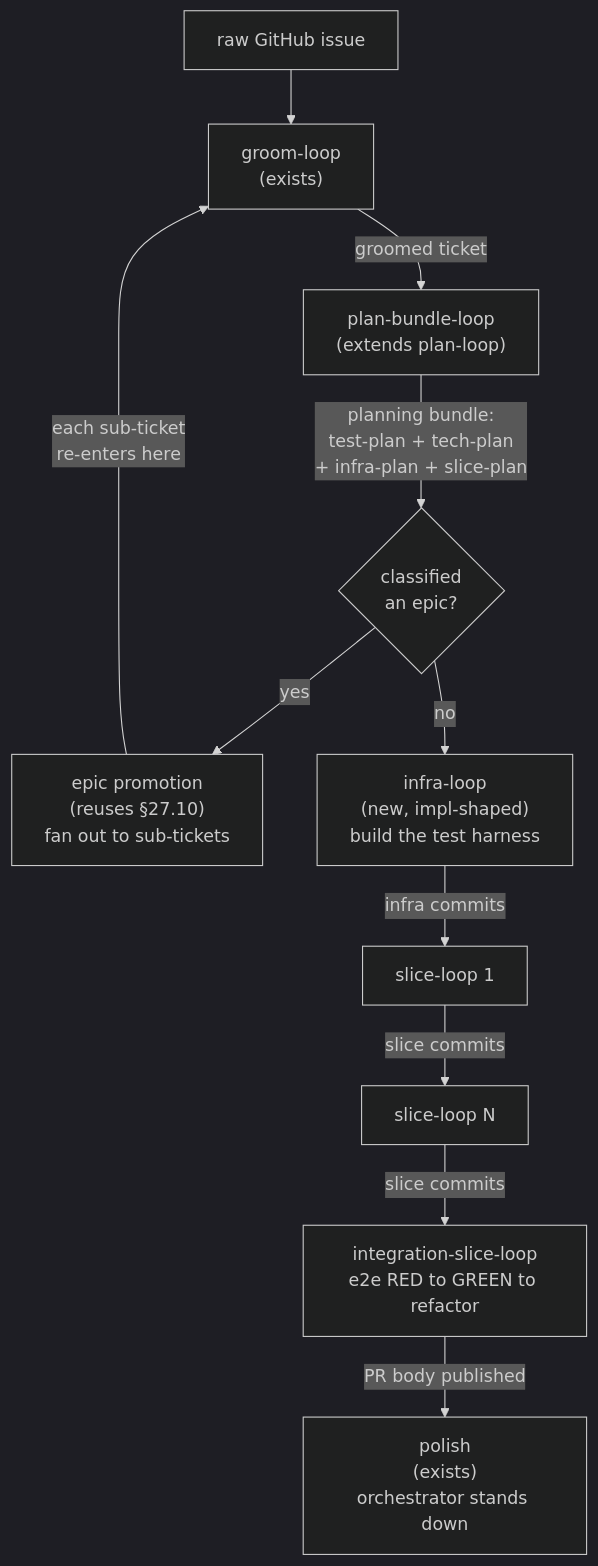
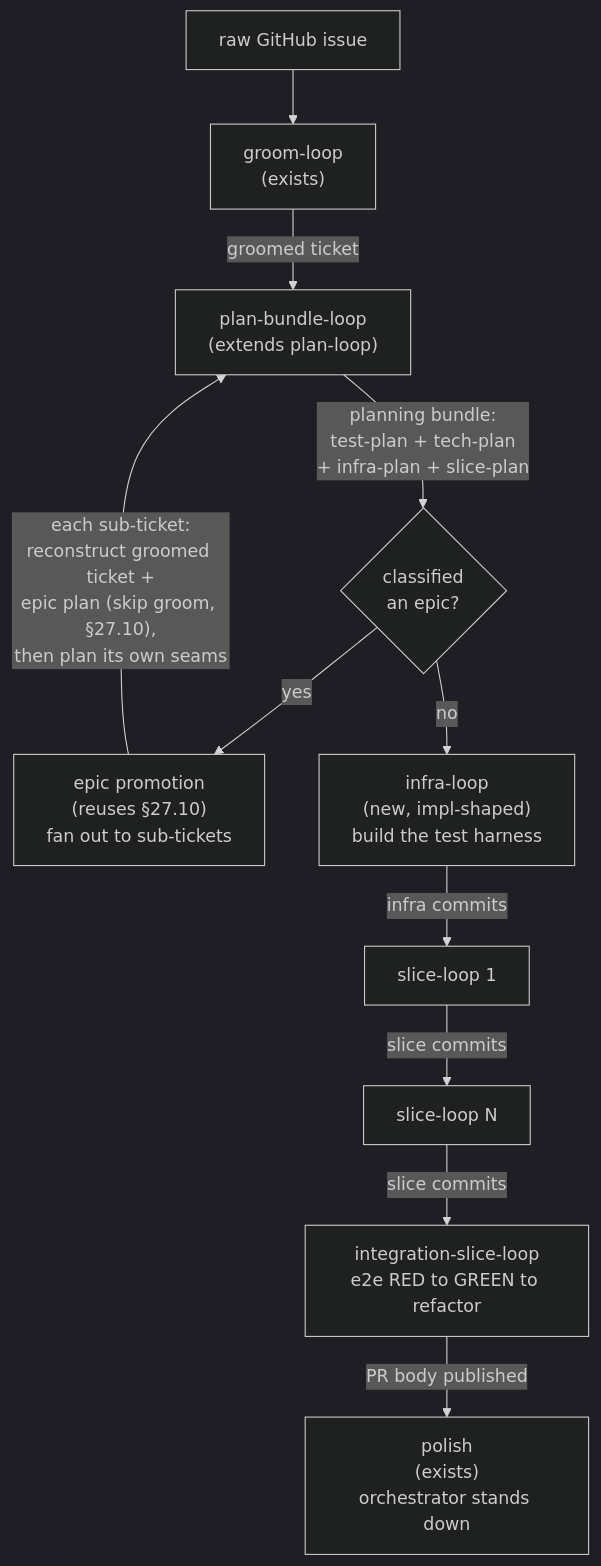
The first of 2 diagrams in docs/spec/28-the-full-tdd-development-process-a-chain-of-loops.md (dylanb/agent-terminal), drawn with Mermaid (dark theme) before and after one commit. The commit also changed other lines of this file, not shown here.

First line of the commit message:
docs(spec): resolve the six §28 design gaps from Copilot's review (#113) [skip ci]

````diff
--- a/docs/spec/28-the-full-tdd-development-process-a-chain-of-loops.md
+++ b/docs/spec/28-the-full-tdd-development-process-a-chain-of-loops.md
@@ -22,13 +22,13 @@
 ```mermaid
 flowchart TD
   RAW["raw GitHub issue"] --> GROOM["groom-loop<br/>(exists)"]
   GROOM -->|"groomed ticket"| PLAN["plan-bundle-loop<br/>(extends plan-loop)"]
   PLAN -->|"planning bundle:<br/>test-plan + tech-plan<br/>+ infra-plan + slice-plan"| EPICQ{"classified<br/>an epic?"}
   EPICQ -->|"yes"| PROMO["epic promotion<br/>(reuses §27.10)<br/>fan out to sub-tickets"]
-  PROMO -->|"each sub-ticket<br/>re-enters here"| GROOM
+  PROMO -->|"each sub-ticket:<br/>reconstruct groomed ticket +<br/>epic plan (skip groom, §27.10),<br/>then plan its own seams"| PLAN
   EPICQ -->|"no"| INFRA["infra-loop<br/>(new, impl-shaped)<br/>build the test harness"]
   INFRA -->|"infra commits"| SLICE1["slice-loop 1"]
   SLICE1 -->|"slice commits"| SLICEN["slice-loop N"]
   SLICEN -->|"slice commits"| INTEG["integration-slice-loop<br/>e2e RED to GREEN to refactor"]
   INTEG -->|"PR body published"| POLISH["polish<br/>(exists)<br/>orchestrator stands down"]
 ```
````
